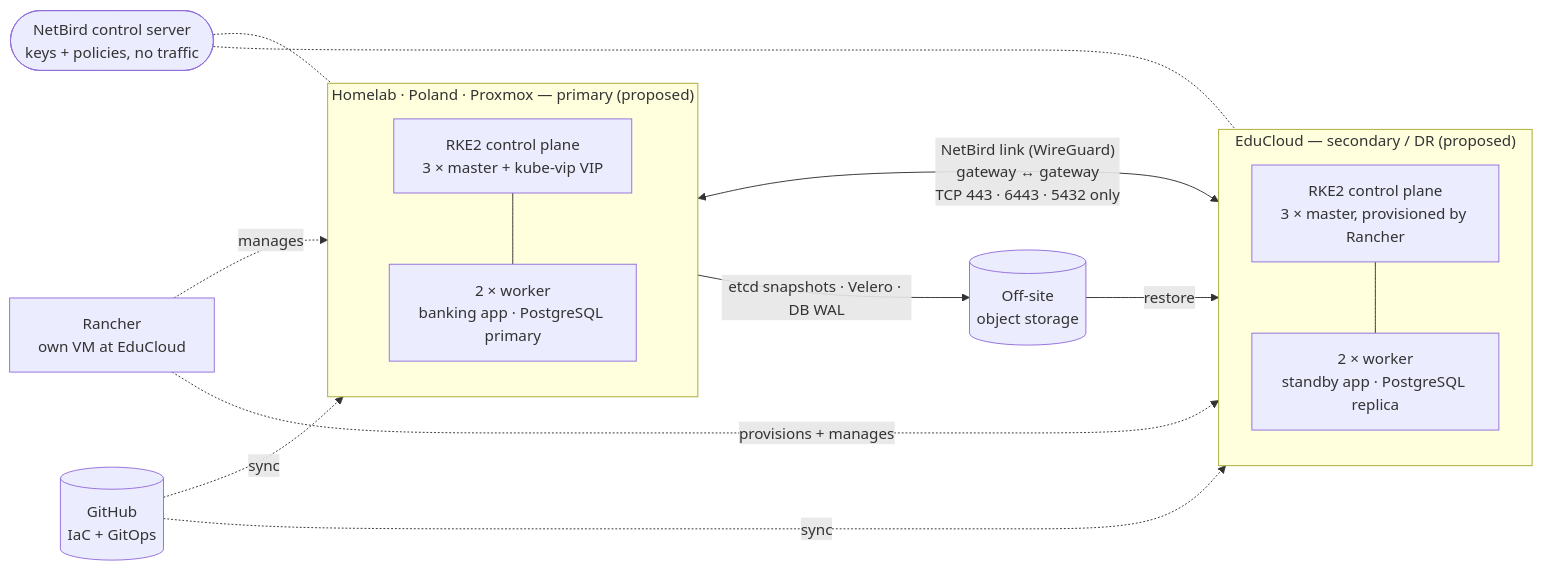
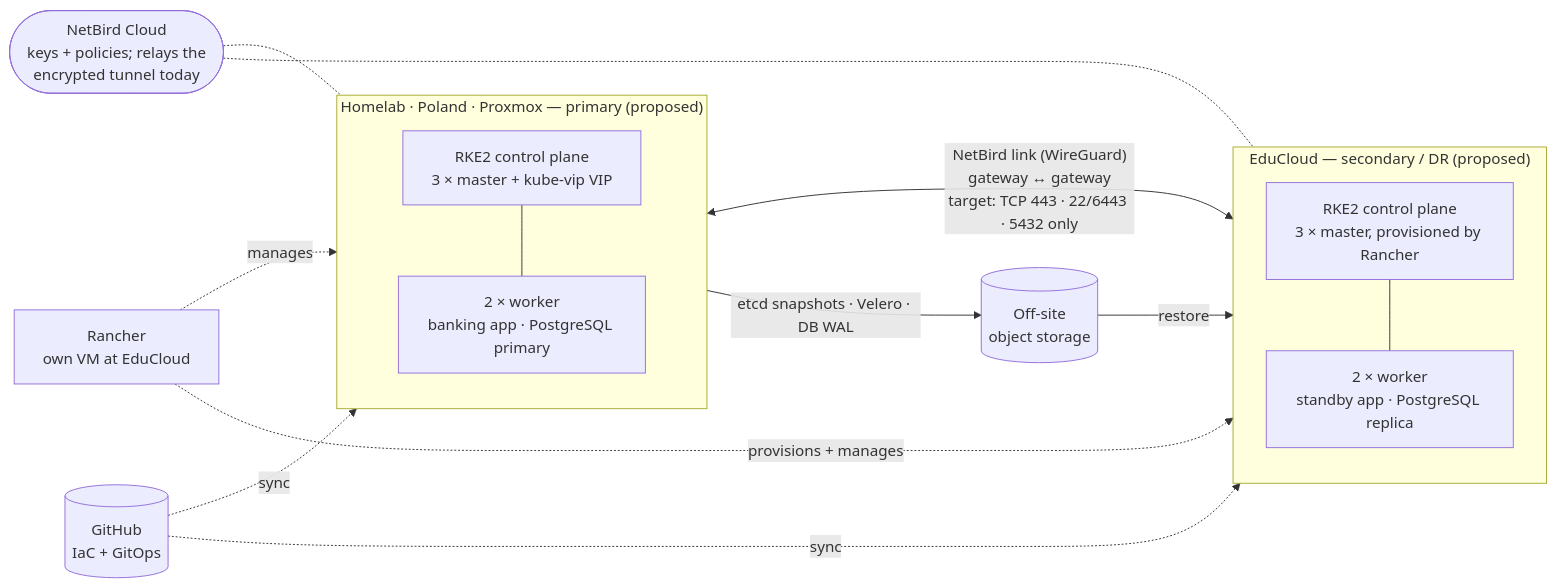
Before and after one commit to alissento/s7-personal-project: the diagram in README.md, drawn with Mermaid. The commit also changed other lines of this file and 15 other files, not shown here.

````diff
--- a/README.md
+++ b/README.md
@@ -20,25 +20,25 @@
 ```mermaid
 flowchart LR
     subgraph HL["Homelab · Poland · Proxmox — primary (proposed)"]
         direction TB
         HLCP["RKE2 control plane<br/>3 × master + kube-vip VIP"]
         HLW["2 × worker<br/>banking app · PostgreSQL primary"]
         HLCP --- HLW
     end
     subgraph NL["EduCloud — secondary / DR (proposed)"]
         direction TB
         NLCP["RKE2 control plane<br/>3 × master, provisioned by Rancher"]
         NLW["2 × worker<br/>standby app · PostgreSQL replica"]
         NLCP --- NLW
     end
-    HL <-->|"NetBird link (WireGuard)<br/>gateway ↔ gateway<br/>TCP 443 · 6443 · 5432 only"| NL
-    NB(["NetBird control server<br/>keys + policies, no traffic"]) -.- HL
+    HL <-->|"NetBird link (WireGuard)<br/>gateway ↔ gateway<br/>target: TCP 443 · 22/6443 · 5432 only"| NL
+    NB(["NetBird Cloud<br/>keys + policies; relays the<br/>encrypted tunnel today"]) -.- HL
     NB -.- NL
     RANCHER["Rancher<br/>own VM at EduCloud"] -.->|manages| HL
     RANCHER -.->|"provisions + manages"| NL
     GIT[("GitHub<br/>IaC + GitOps")] -.->|sync| HL
     GIT -.->|sync| NL
     S3[("Off-site<br/>object storage")]
     HL -->|"etcd snapshots · Velero · DB WAL"| S3
     S3 -->|restore| NL
 ```
````
